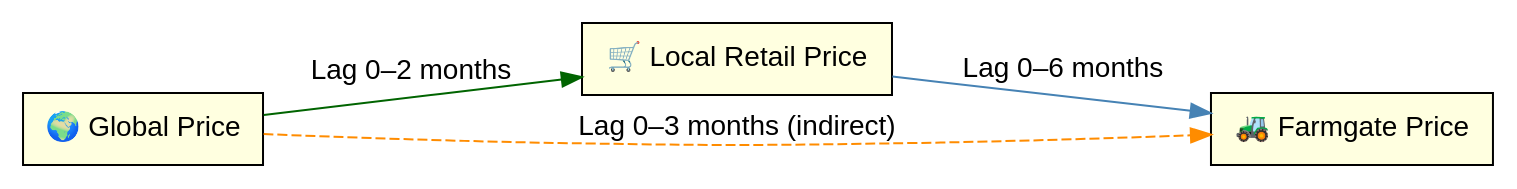
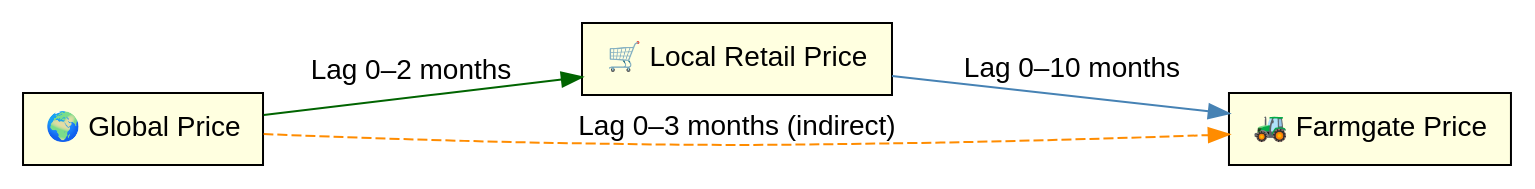
One commit to nmfrancisco14/PriceOutlook changed the diagram in priceoutlook.qmd. Above: the diagram before and after it, drawn with Graphviz. The commit also changed other lines of this file, not shown here.

First line of the commit message:
Enhance price transmission analysis and visualization

````diff
--- a/priceoutlook.qmd
+++ b/priceoutlook.qmd
@@ -717,18 +921,18 @@
 ```{dot}
+#| label: grViz
+digraph {
+rankdir = LR
+graph [fontname="Helvetica"]
+node  [fontname="Helvetica", shape=box, style=filled, fillcolor=lightyellow]
+edge  [fontname="Helvetica"]
 
-digraph {
-  rankdir = LR
-  graph [fontname="Helvetica"]
-  node  [fontname="Helvetica", shape=box, style=filled, fillcolor=lightyellow]
-  edge  [fontname="Helvetica"]
+A [label="🌍 Global Price"]
+B [label="🛒 Local Retail Price"]
+C [label="🚜 Farmgate Price"]
 
-  A [label="🌍 Global Price"]
-  B [label="🛒 Local Retail Price"]
-  C [label="🚜 Farmgate Price"]
-
-  A -> B [label="Lag 0–2 months", color="darkgreen"]
-  A -> C [label="Lag 0–3 months (indirect)", style="dashed", color="darkorange"]
-  B -> C [label="Lag 0–6 months", color="steelblue"]
+A -> B [label="Lag 0–2 months", color="darkgreen"]
+A -> C [label="Lag 0–3 months (indirect)", style="dashed", color="darkorange"]
+B -> C [label="Lag 0–10 months", color="steelblue"]
 }
 
 ```
````
